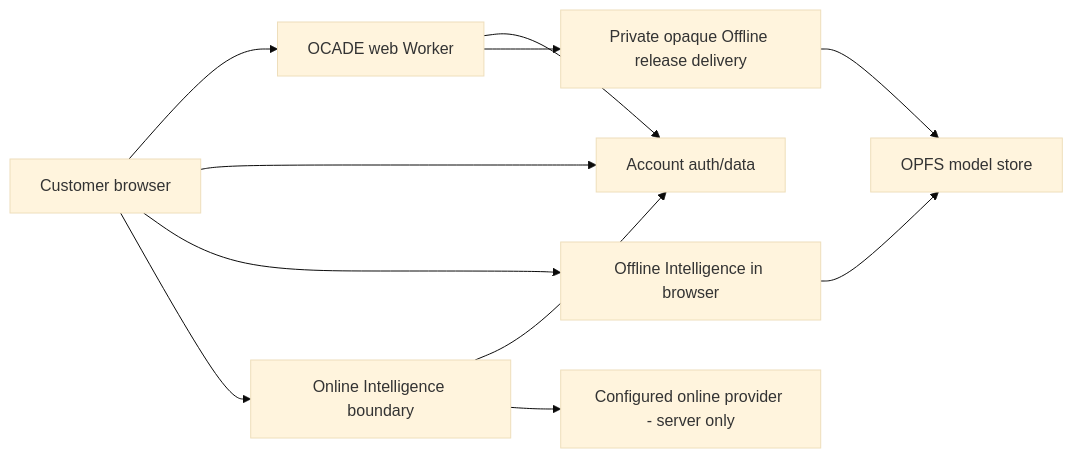
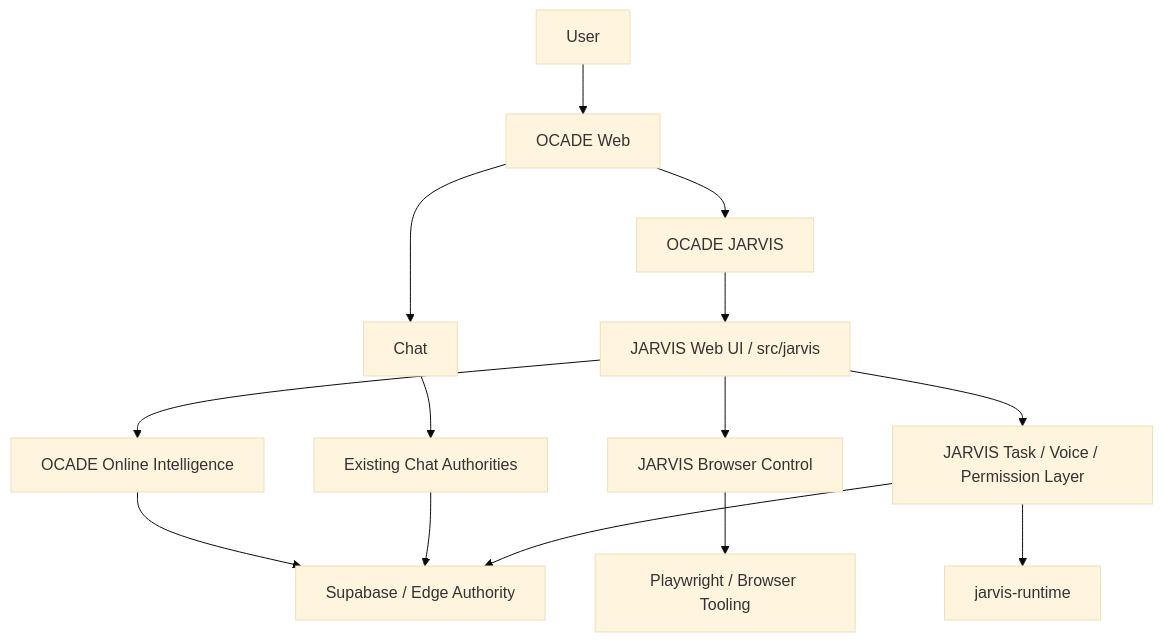
One commit to BREVEX-CEO/caera-connect-plan changed the diagram in docs/ARCHITECTURE.md. Above: the diagram before and after it, drawn with Mermaid (base theme). The commit also changed other lines of this file, not shown here.

Commit message:
docs: complete OCADE JARVIS architecture and UX authorities

````diff
--- a/docs/ARCHITECTURE.md
+++ b/docs/ARCHITECTURE.md
@@ -7,13 +11,16 @@
 ```mermaid
-flowchart LR
-  U[Customer browser] --> W[OCADE web Worker]
-  U --> A[Account auth/data]
-  U --> L[Offline Intelligence in browser]
-  W --> A
-  U --> E[Online Intelligence boundary]
-  E --> A
-  E --> P[Configured online provider - server only]
-  L --> O[OPFS model store]
-  W --> R[Private opaque Offline release delivery]
-  R --> O
+flowchart TD
+  U[User] --> W[OCADE Web]
+  W --> C[Chat]
+  W --> J[OCADE JARVIS]
+  J --> JU[JARVIS Web UI / src/jarvis]
+  JU --> OI[OCADE Online Intelligence]
+  JU --> BC[JARVIS Browser Control]
+  JU --> JT[JARVIS Task / Voice / Permission Layer]
+  BC --> PW[Playwright / Browser Tooling]
+  JT --> JR[jarvis-runtime]
+  C --> CA[Existing Chat Authorities]
+  OI --> S[Supabase / Edge Authority]
+  CA --> S
+  JT --> S
 ```
````
